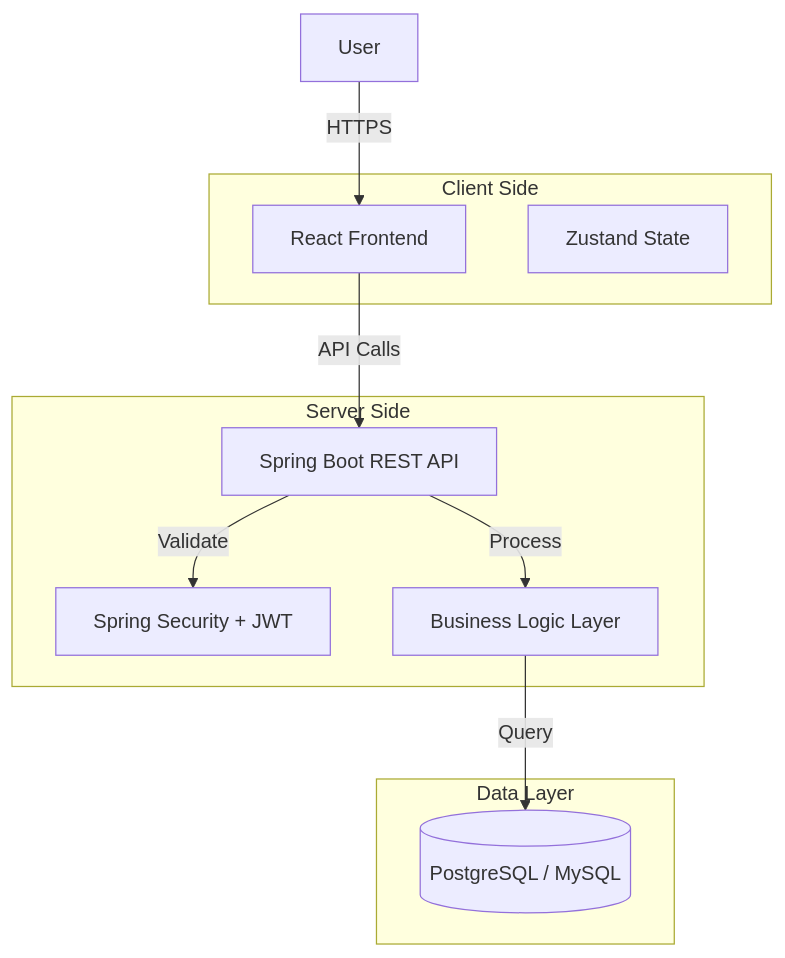
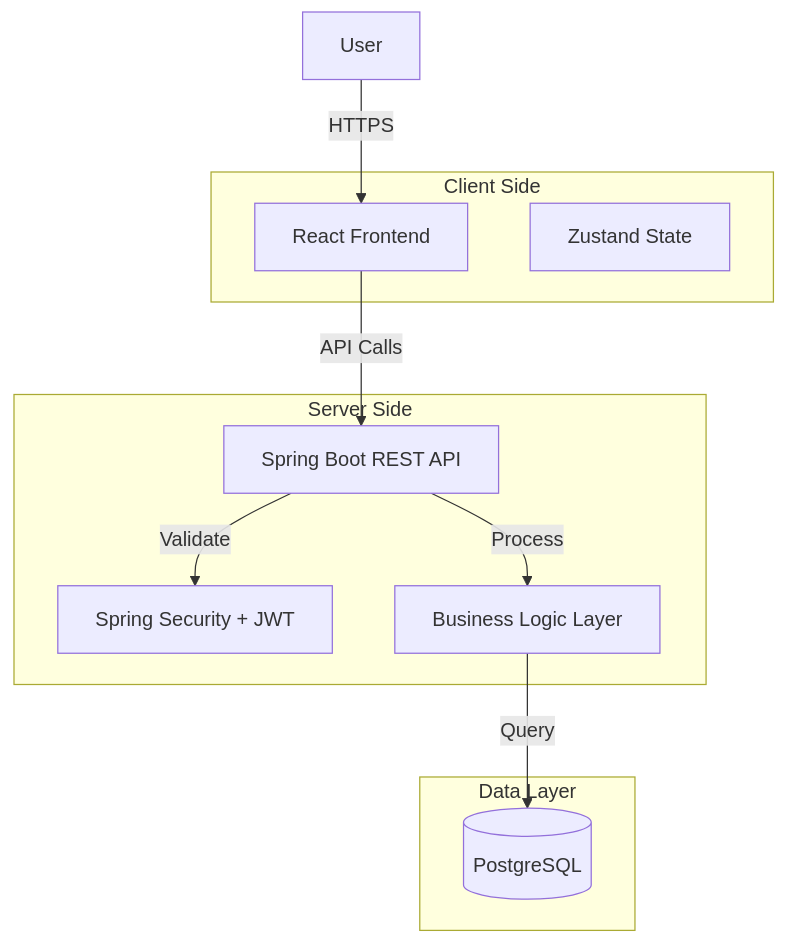
The diagram in README.md (Dharanish-AM/Talentra), drawn with Mermaid before and after one commit. The commit also changed other lines of this file and 45 other files, not shown here.

````diff
--- a/README.md
+++ b/README.md
@@ -15,23 +15,23 @@
 ```mermaid
 graph TD
     subgraph Client Side
         UI[React Frontend]
         Store[Zustand State]
     end
 
     subgraph Server Side
         API[Spring Boot REST API]
         Security[Spring Security + JWT]
         Services[Business Logic Layer]
     end
 
     subgraph Data Layer
-        DB[(PostgreSQL / MySQL)]
+        DB[(PostgreSQL)]
     end
 
     User -->|HTTPS| UI
     UI -->|API Calls| API
     API -->|Validate| Security
     API -->|Process| Services
     Services -->|Query| DB
 ```
````
